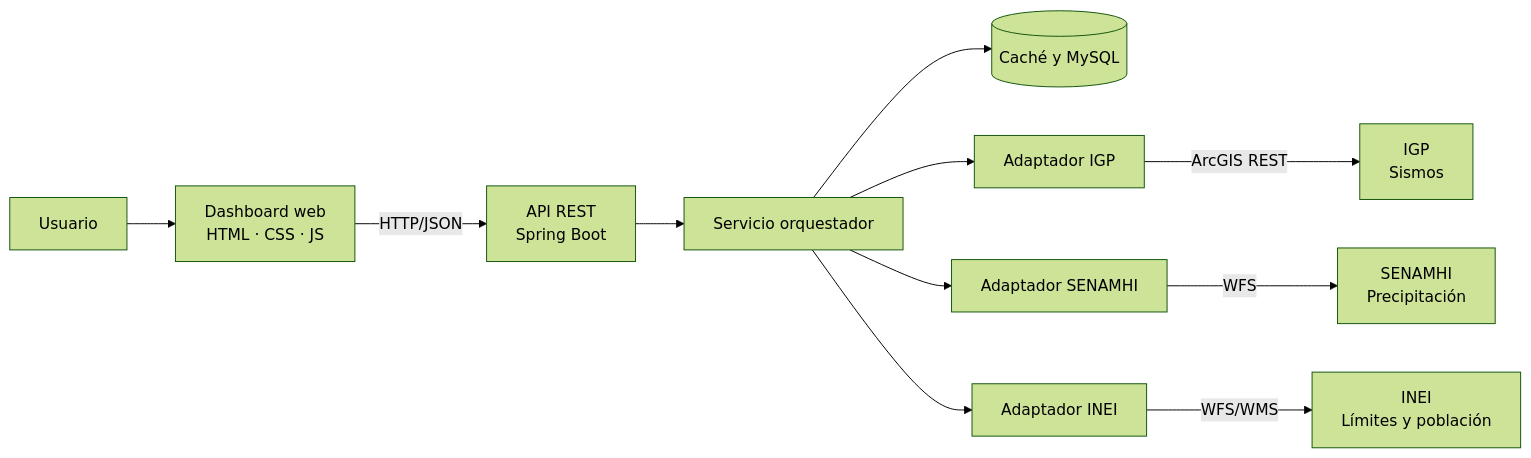
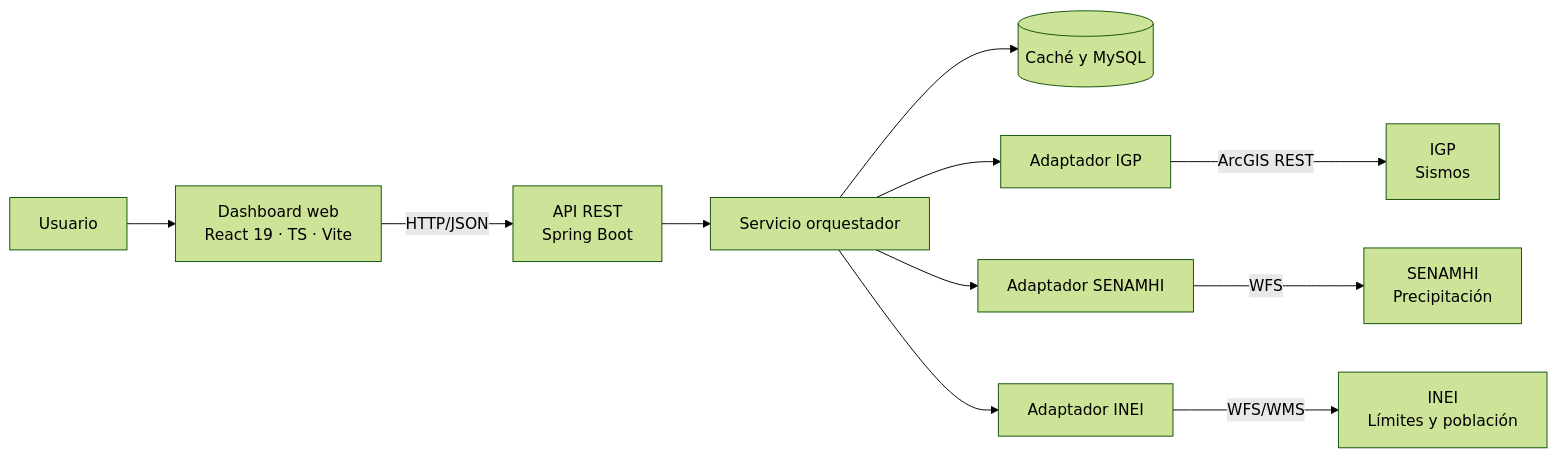
Before and after one commit to hillary1304/geosoa: the diagram in README.md, drawn with Mermaid (forest theme). The commit also changed other lines of this file and 38 other files, not shown here.

Commit message:
feat(frontend): inicializar proyecto react vite, diseno responsive y layout base

````diff
--- a/README.md
+++ b/README.md
@@ -31,13 +31,13 @@
 ```mermaid
 flowchart LR
-    U[Usuario] --> FE[Dashboard web<br/>HTML · CSS · JS]
+    U[Usuario] --> FE[Dashboard web<br/>React 19 · TS · Vite]
     FE -- HTTP/JSON --> API[API REST<br/>Spring Boot]
     API --> ORQ[Servicio orquestador]
     ORQ --> CACHE[(Caché y MySQL)]
     ORQ --> AIGP[Adaptador IGP]
     ORQ --> ASEN[Adaptador SENAMHI]
     ORQ --> AINEI[Adaptador INEI]
     AIGP -- ArcGIS REST --> IGP[IGP<br/>Sismos]
     ASEN -- WFS --> SEN[SENAMHI<br/>Precipitación]
     AINEI -- WFS/WMS --> INEI[INEI<br/>Límites y población]
 ```
````
